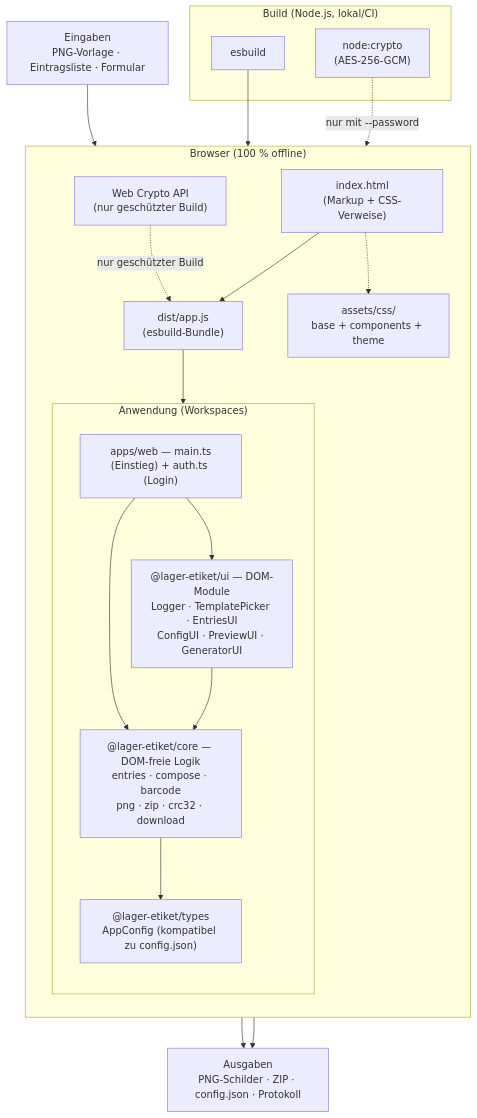
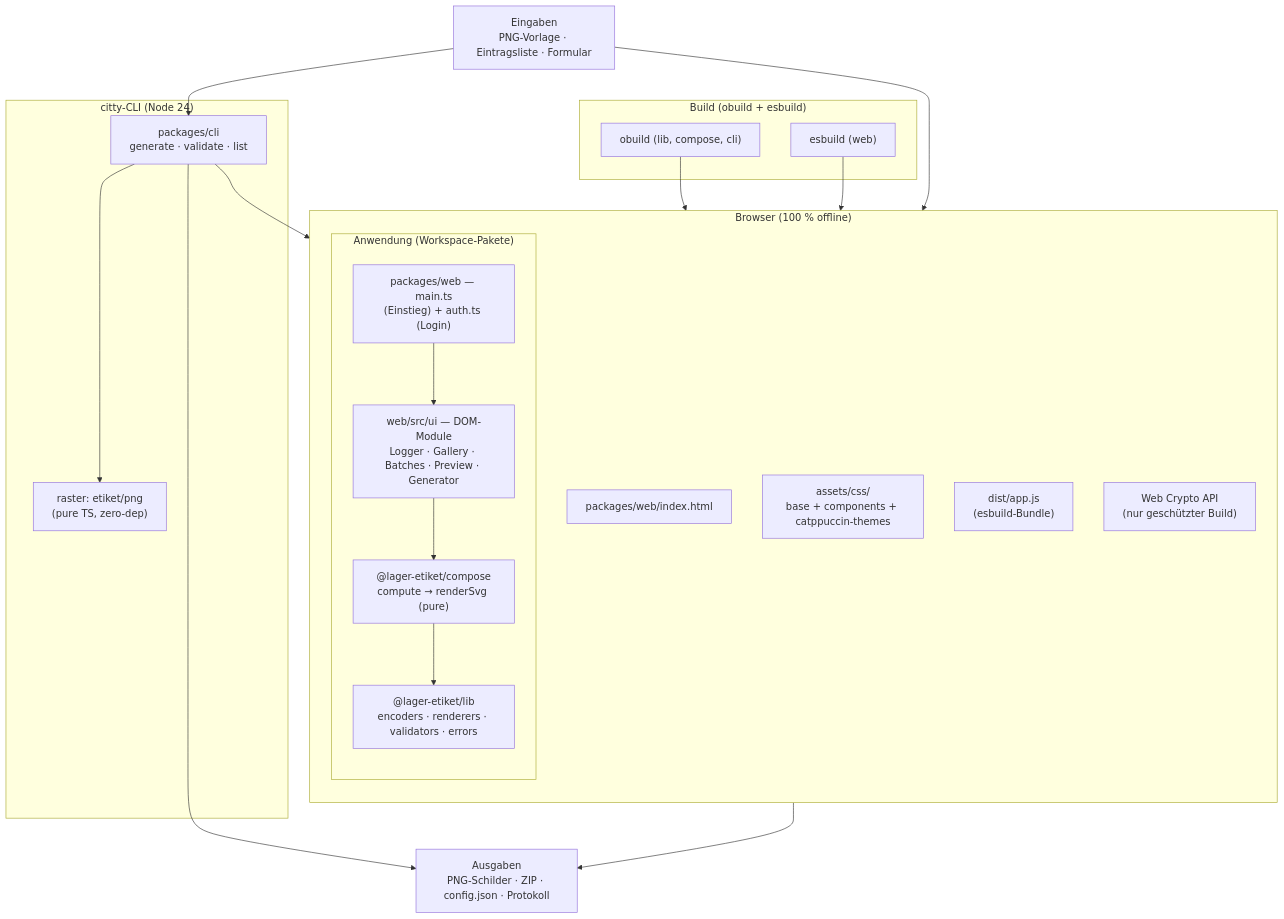
The first of 2 diagrams in docs/ARCHITECTURE.md (MaxHambi/Lager-etiket), drawn with Mermaid before and after one commit. The commit also changed other lines of this file and 16 other files, not shown here.

````diff
--- a/docs/ARCHITECTURE.md
+++ b/docs/ARCHITECTURE.md
@@ -15,43 +14,44 @@
 ```mermaid
 graph TB
     subgraph Browser["Browser (100 % offline)"]
         direction TB
-        HTML["index.html<br/>(Markup + CSS-Verweise)"]
-        CSS["assets/css/<br/>base + components + theme"]
+        HTML["packages/web/index.html"]
+        CSS["assets/css/<br/>base + components + catppuccin-themes"]
         JS["dist/app.js<br/>(esbuild-Bundle)"]
 
-        subgraph App["Anwendung (Workspaces)"]
+        subgraph App["Anwendung (Workspace-Pakete)"]
             direction TB
-            ENTRY["apps/web — main.ts<br/>(Einstieg) + auth.ts (Login)"]
-            UI["@lager-etiket/ui — DOM-Module<br/>Logger · TemplatePicker · EntriesUI<br/>ConfigUI · PreviewUI · GeneratorUI"]
-            CORE["@lager-etiket/core — DOM-freie Logik<br/>entries · compose · barcode<br/>png · zip · crc32 · download"]
-            TYPES["@lager-etiket/types<br/>AppConfig (kompatibel zu config.json)"]
+            ENTRY["packages/web — main.ts<br/>(Einstieg) + auth.ts (Login)"]
+            UI["web/src/ui — DOM-Module<br/>Logger · Gallery · Batches · Preview · Generator"]
+            COMPOSE["@lager-etiket/compose<br/>compute → renderSvg (pure)"]
+            LIB["@lager-etiket/lib<br/>encoders · renderers · validators · errors"]
         end
 
         WCRYPT["Web Crypto API<br/>(nur geschützter Build)"]
     end
 
-    subgraph Build["Build (Node.js, lokal/CI)"]
-        ESBUILD["esbuild"]
-        NODECRYPT["node:crypto<br/>(AES-256-GCM)"]
+    subgraph CLI["citty-CLI (Node 24)"]
+        CLICORE["packages/cli<br/>generate · validate · list"]
+        RASTER["raster: etiket/png<br/>(pure TS, zero-dep)"]
+    end
+
+    subgraph Build["Build (obuild + esbuild)"]
+        OBUILD["obuild (lib, compose, cli)"]
+        ESBUILD["esbuild (web)"]
     end
 
     INPUTS["Eingaben<br/>PNG-Vorlage · Eintragsliste · Formular"]
     OUTPUTS["Ausgaben<br/>PNG-Schilder · ZIP · config.json · Protokoll"]
 
-    HTML --> JS
-    HTML -.-> CSS
-    JS --> ENTRY
     ENTRY --> UI
-    ENTRY --> CORE
-    CORE --> TYPES
-    UI --> CORE
-
-    INPUTS --> UI
-    UI --> OUTPUTS
-    CORE --> OUTPUTS
-
-    ESBUILD --> JS
-    NODECRYPT -.->|"nur mit --password"| JS
-    WCRYPT -.->|"nur geschützter Build"| JS
+    UI --> COMPOSE
+    COMPOSE --> LIB
+    CLICORE --> LIB
+    CLICORE --> RASTER
+    OBUILD --> LIB
+    ESBUILD --> ENTRY
+    INPUTS --> ENTRY
+    INPUTS --> CLICORE
+    ENTRY --> OUTPUTS
+    CLICORE --> OUTPUTS
 ```
````
